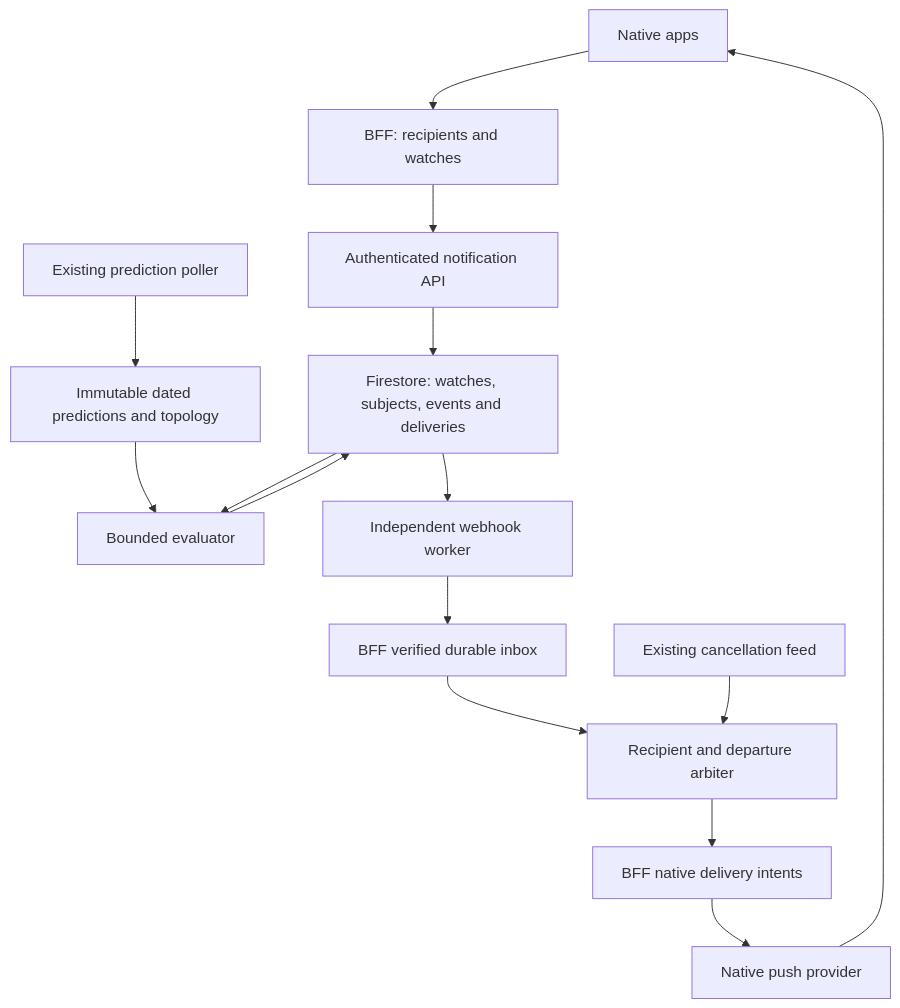
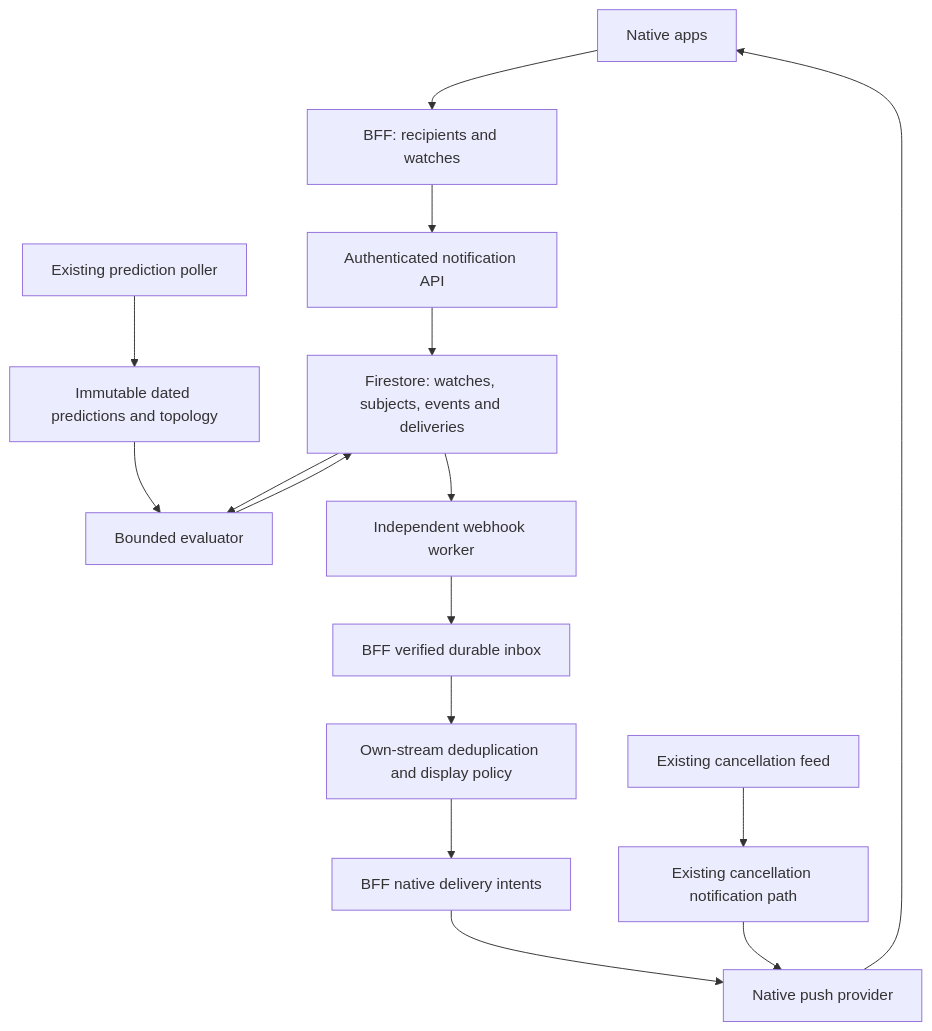
Before and after one commit to entur/smart-avvik: the first of 4 diagrams in docs/plans/2026-09-07-1506-feat-journey-notification-webhooks-plan.md, drawn with Mermaid. The commit also changed other lines of this file, not shown here.

Commit message:
Webhooks plan where cancellation arbitration has been dropped for simplicity

````diff
--- a/docs/plans/2026-09-07-1506-feat-journey-notification-webhooks-plan.md
+++ b/docs/plans/2026-09-07-1506-feat-journey-notification-webhooks-plan.md
@@ -156,17 +157,18 @@
 ```mermaid
 flowchart TB
     App[Native apps] --> BFF[BFF: recipients and watches]
     BFF --> API[Authenticated notification API]
     API --> Store[Firestore: watches, subjects, events and deliveries]
     Poller[Existing prediction poller] --> Snap[Immutable dated predictions and topology]
     Snap --> Eval[Bounded evaluator]
     Store --> Eval
     Eval --> Store
     Store --> Worker[Independent webhook worker]
     Worker --> Inbox[BFF verified durable inbox]
-    Inbox --> Arbiter[Recipient and departure arbiter]
-    Ukur[Existing cancellation feed] --> Arbiter
-    Arbiter --> Jobs[BFF native delivery intents]
+    Inbox --> Policy[Own-stream deduplication and display policy]
+    Policy --> Jobs[BFF native delivery intents]
     Jobs --> FCM[Native push provider]
+    Ukur[Existing cancellation feed] --> Legacy[Existing cancellation notification path]
+    Legacy --> FCM
     FCM --> App
 ```
````
